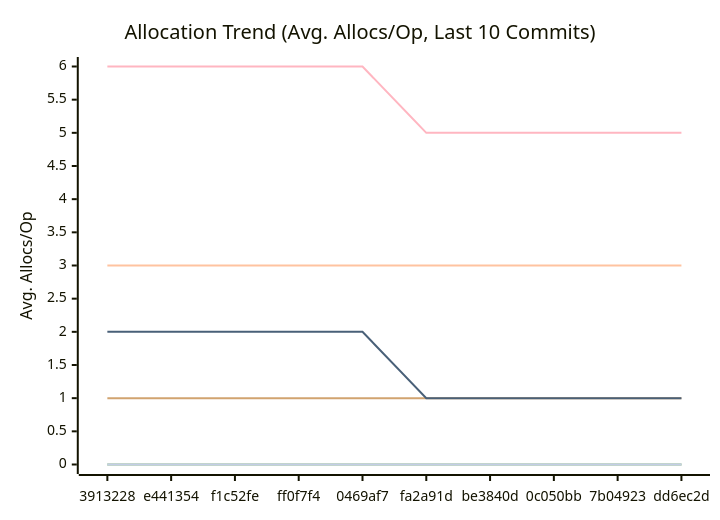
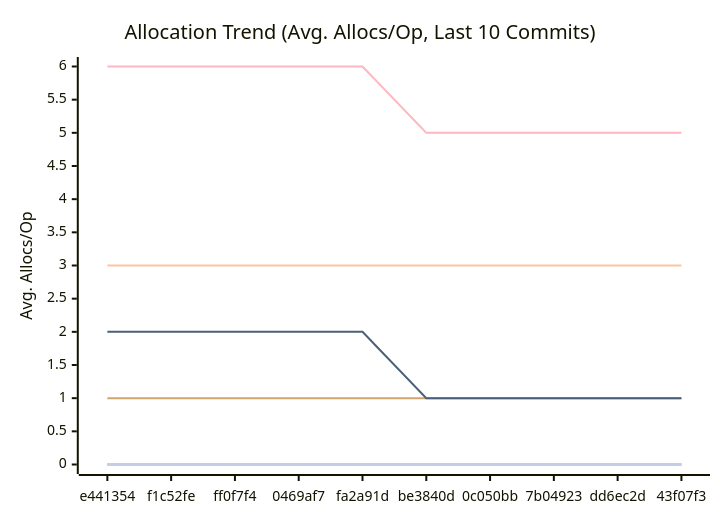
One commit to alsotoes/momo changed the third of 3 diagrams in docs/PERFORMANCE.md. Above: the diagram before and after it, drawn with Mermaid. The commit also changed other lines of this file and 3 other files, not shown here.

````diff
--- a/docs/PERFORMANCE.md
+++ b/docs/PERFORMANCE.md
@@ -114,16 +114,16 @@
 ```mermaid
 xychart-beta
     title "Allocation Trend (Avg. Allocs/Op, Last 10 Commits)"
     x-axis "Commit"
     y-axis "Avg. Allocs/Op"
-    x-axis [3913228,e441354,f1c52fe,ff0f7f4,0469af7,fa2a91d,be3840d,0c050bb,7b04923,dd6ec2d]
+    x-axis [e441354,f1c52fe,ff0f7f4,0469af7,fa2a91d,be3840d,0c050bb,7b04923,dd6ec2d,43f07f3]
     line "CheckMetricsAndSwap" [0,0,0,0,0,0,0,0,0,0]
     line "CrushOptimized" [0,0,0,0,0,0,0,0,0,0]
     line "CrushOriginal" [3,3,3,3,3,3,3,3,3,3]
     line "IndexDirectTracking" [0,0,0,0,0,0,0,0,0,0]
     line "IndexSearch" [0,0,0,0,0,0,0,0,0,0]
     line "LoadGlobalConfig" [1,1,1,1,1,1,1,1,1,1]
     line "PadString" [0,0,0,0,0,0,0,0,0,0]
     line "ParseReplicationOrder_NoPrealloc" [6,6,6,6,6,5,5,5,5,5]
     line "ParseReplicationOrder_Prealloc" [2,2,2,2,2,1,1,1,1,1]
 ```
````
